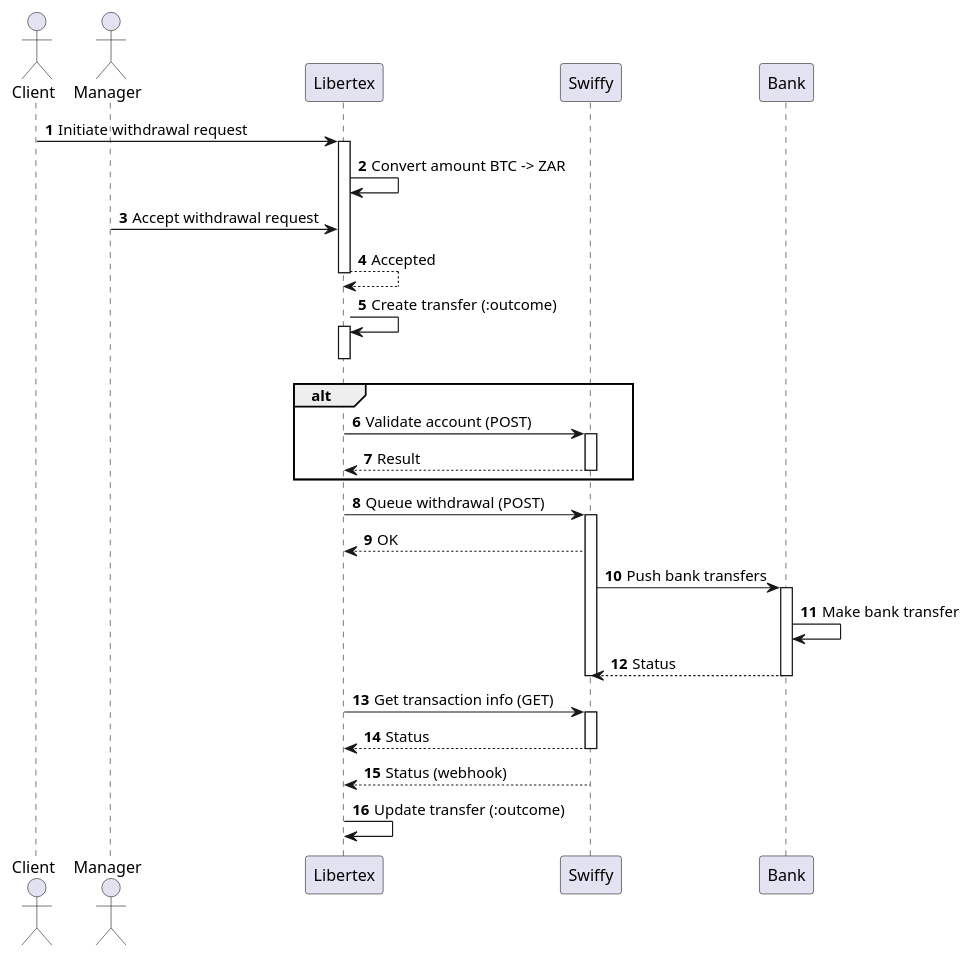
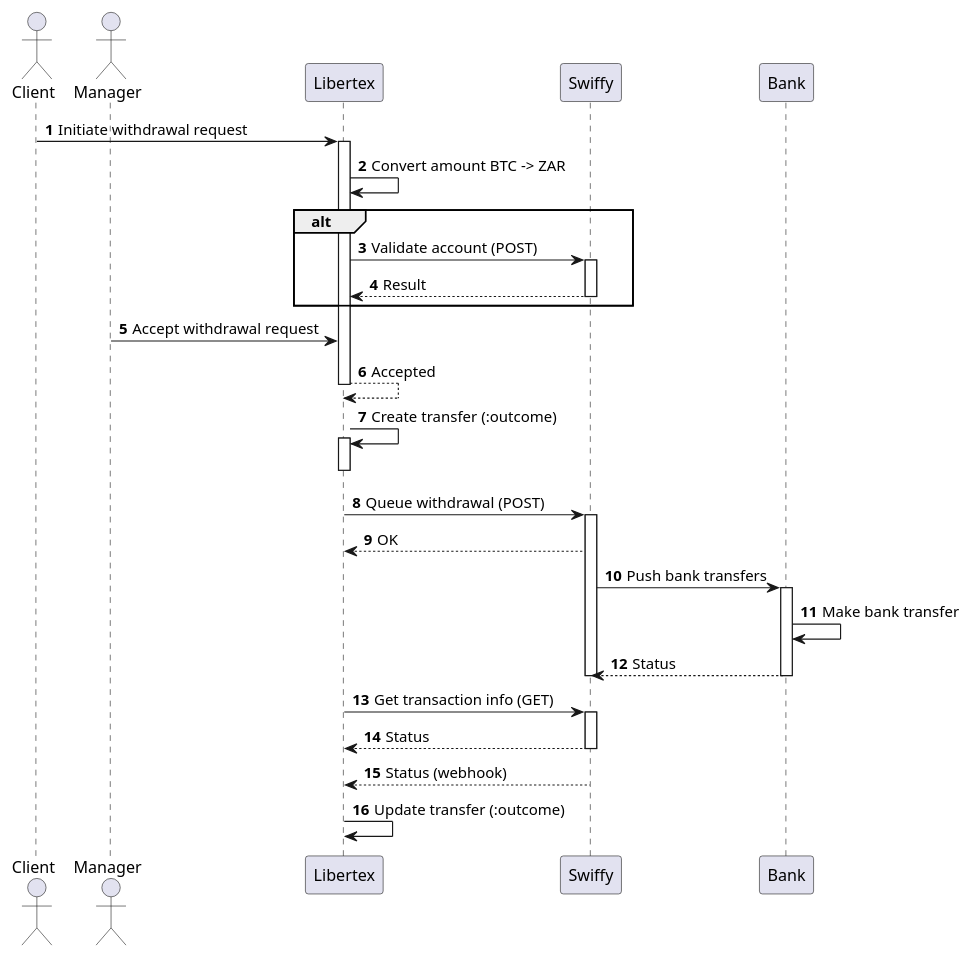
The diagram in UML practice/docs/diagrams/src/OMEGA-217 Swiffy withdrawals/Swiffy withdrawals.wsd (milovdg/UMLPractice), drawn with PlantUML before and after one commit. The commit also changed 1 other file, not shown here.

```diff
--- a/UML practice/docs/diagrams/src/OMEGA-217 Swiffy withdrawals/Swiffy withdrawals.wsd
+++ b/UML practice/docs/diagrams/src/OMEGA-217 Swiffy withdrawals/Swiffy withdrawals.wsd
@@ -2,39 +2,41 @@
 @startuml Swiffy
 
 autonumber
 
 actor Client
 actor Manager
 participant Libertex
 participant Swiffy
 participant Bank
 
 Client -> Libertex ++: Initiate withdrawal request
 Libertex -> Libertex : Convert amount BTC -> ZAR
+
+alt
+Libertex -> Swiffy ++: Validate account (POST)
+Swiffy --> Libertex --: Result
+end
+
 Manager -> Libertex : Accept withdrawal request
 Libertex --> Libertex --: Accepted
 
 Libertex -> Libertex ++: Create transfer (:outcome)
 deactivate Libertex
 
-alt
-Libertex -> Swiffy ++: Validate account (POST)
-Swiffy --> Libertex --: Result
-end
 
 Libertex -> Swiffy ++: Queue withdrawal (POST)
 Swiffy --> Libertex : OK
 
 Swiffy -> Bank ++: Push bank transfers
 Bank -> Bank : Make bank transfer
 Bank --> Swiffy --: Status
 deactivate Swiffy
 
 Libertex -> Swiffy ++: Get transaction info (GET)
 Swiffy --> Libertex --: Status
 
 Swiffy --> Libertex : Status (webhook)
 
 Libertex -> Libertex : Update transfer (:outcome)
 
 @enduml
```
